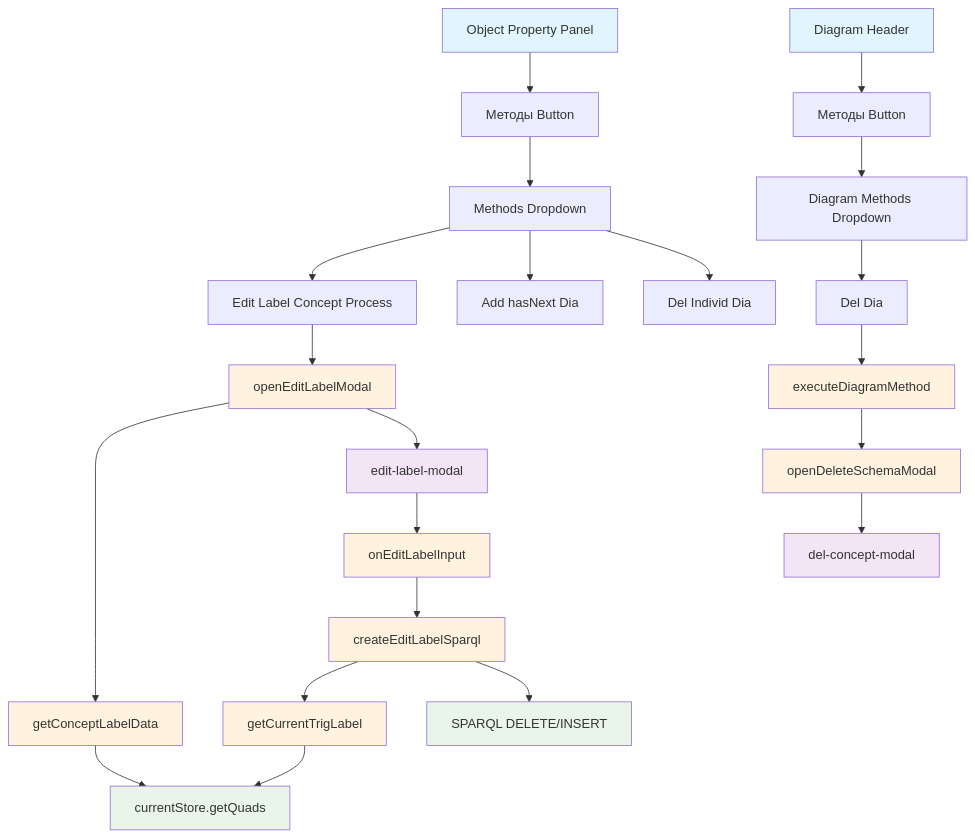
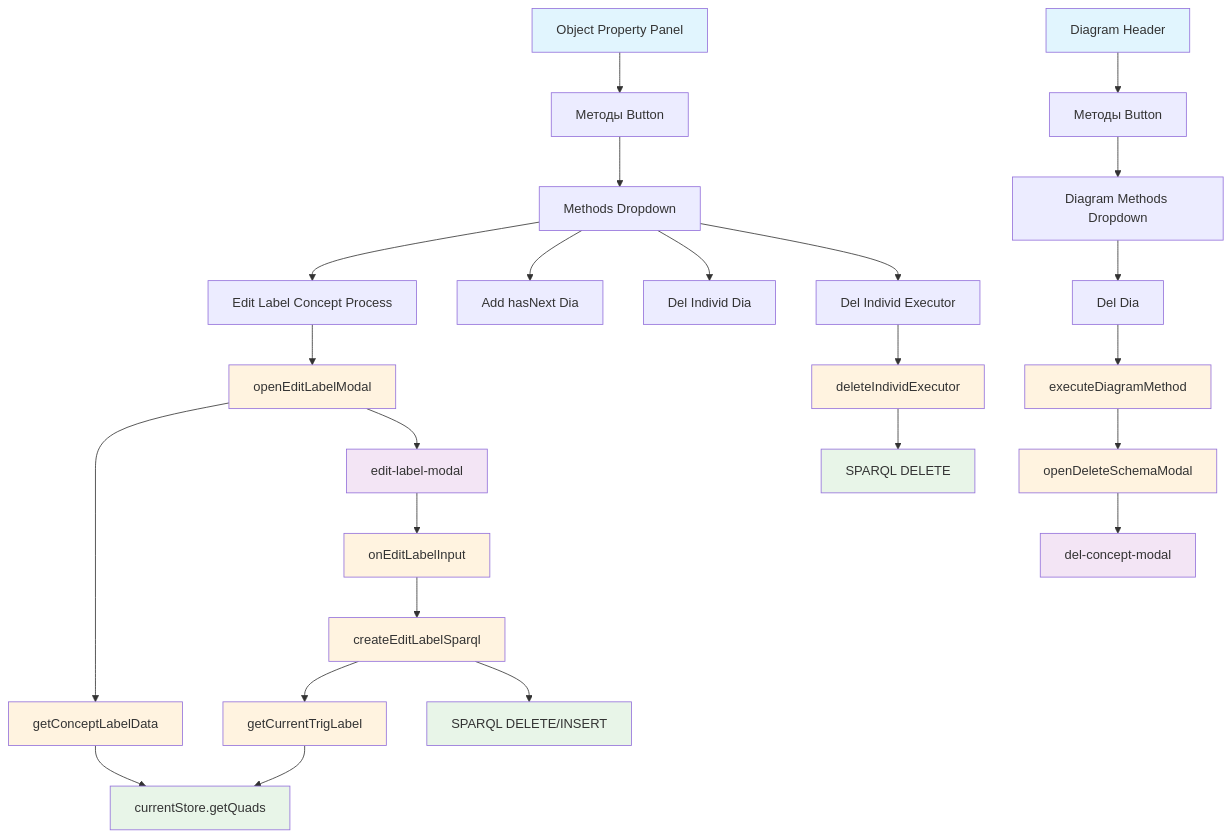
The diagram in ver9d/doc/algorithm/op_methods_v1.md (konard/bpmbpm-rdf-grapher), drawn with Mermaid before and after one commit. The commit also changed other lines of this file and 2 other files, not shown here.

First line of the commit message:
ver9d_6doc: Add Delete Individ Executor method and create ontology documentation

````diff
--- a/ver9d/doc/algorithm/op_methods_v1.md
+++ b/ver9d/doc/algorithm/op_methods_v1.md
@@ -148,42 +192,46 @@
 ```mermaid
 graph TD
     %% Точки входа
     OP[Object Property Panel] --> MB[Методы Button]
     DH[Diagram Header] --> DMB[Методы Button]
 
     %% ObjectMethod
     MB --> MOD[Methods Dropdown]
     MOD --> EL[Edit Label Concept Process]
     MOD --> AH[Add hasNext Dia]
     MOD --> DI[Del Individ Dia]
+    MOD --> DE[Del Individ Executor]
 
     EL --> OEM[openEditLabelModal]
     OEM --> GCD[getConceptLabelData]
     GCD --> QS[currentStore.getQuads]
 
     OEM --> ELM[edit-label-modal]
     ELM --> OEI[onEditLabelInput]
     OEI --> CES[createEditLabelSparql]
     CES --> GTL[getCurrentTrigLabel]
     GTL --> QS
     CES --> SPARQL[SPARQL DELETE/INSERT]
+
+    DE --> DIE[deleteIndividExecutor]
+    DIE --> SPARQL_DE[SPARQL DELETE]
 
     %% DiagramMethod
     DMB --> DMOD[Diagram Methods Dropdown]
     DMOD --> DD[Del Dia]
 
     DD --> EDM[executeDiagramMethod]
     EDM --> ODSM[openDeleteSchemaModal]
     ODSM --> DCM[del-concept-modal]
 
     %% Стили
     classDef entryPoint fill:#e1f5fe
     classDef function fill:#fff3e0
     classDef modal fill:#f3e5f5
     classDef store fill:#e8f5e8
 
     class OP,DH entryPoint
-    class OEM,GCD,OEI,CES,GTL,EDM,ODSM function
+    class OEM,GCD,OEI,CES,GTL,EDM,ODSM,DIE function
     class ELM,DCM modal
-    class QS,SPARQL store
+    class QS,SPARQL,SPARQL_DE store
 ```
````
